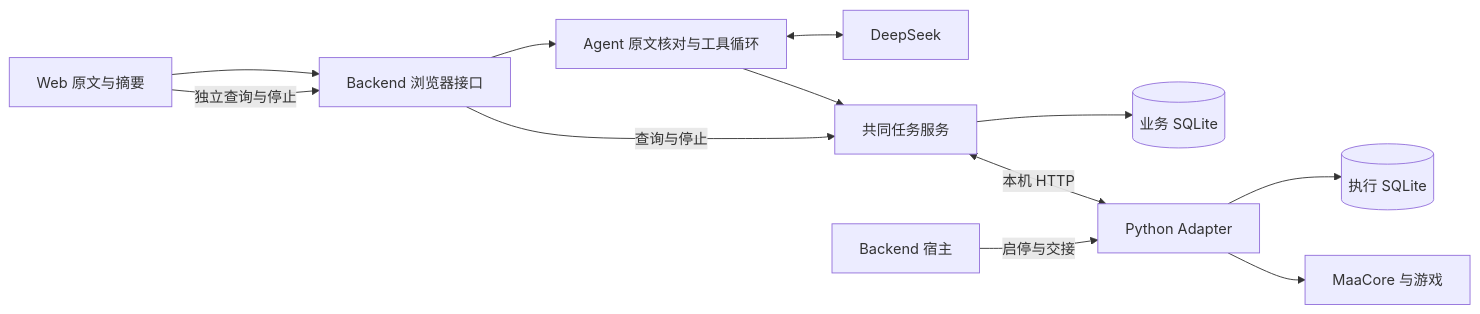
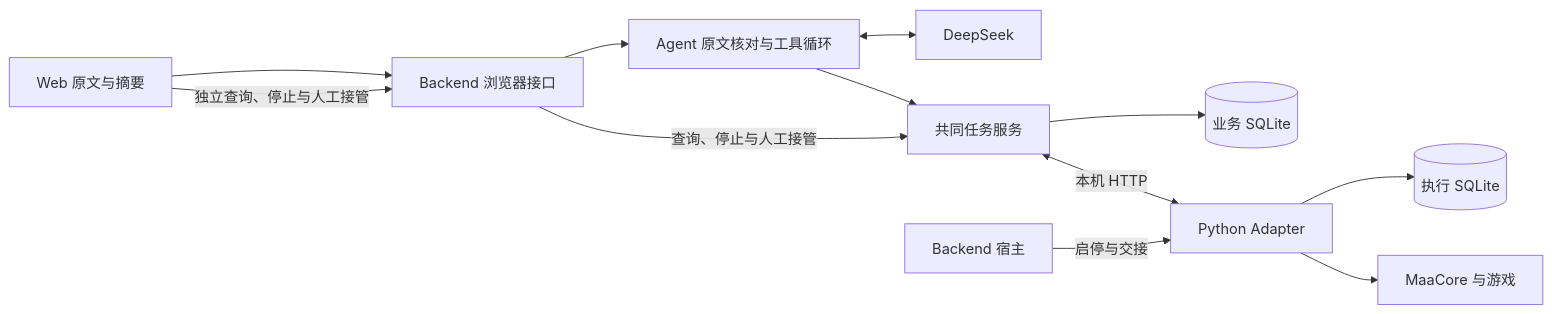
The diagram in docs/engineering/demo.md (Fyrefly-4/ChatMAA), drawn with Mermaid before and after one commit. The commit also changed other lines of this file and 4 other files, not shown here.

````diff
--- a/docs/engineering/demo.md
+++ b/docs/engineering/demo.md
@@ -143,14 +143,14 @@
 ```mermaid
 flowchart LR
   Web[Web 原文与摘要] --> Browser[Backend 浏览器接口]
   Browser --> Agent[Agent 原文核对与工具循环]
   Agent <--> Model[DeepSeek]
   Agent --> Tasks[共同任务服务]
-  Web -->|独立查询与停止| Browser
-  Browser -->|查询与停止| Tasks
+  Web -->|独立查询、停止与人工接管| Browser
+  Browser -->|查询、停止与人工接管| Tasks
   Tasks --> Business[(业务 SQLite)]
   Tasks <-->|本机 HTTP| Adapter[Python Adapter]
   Host[Backend 宿主] -->|启停与交接| Adapter
   Adapter --> Evidence[(执行 SQLite)]
   Adapter --> Core[MaaCore 与游戏]
 ```
````
